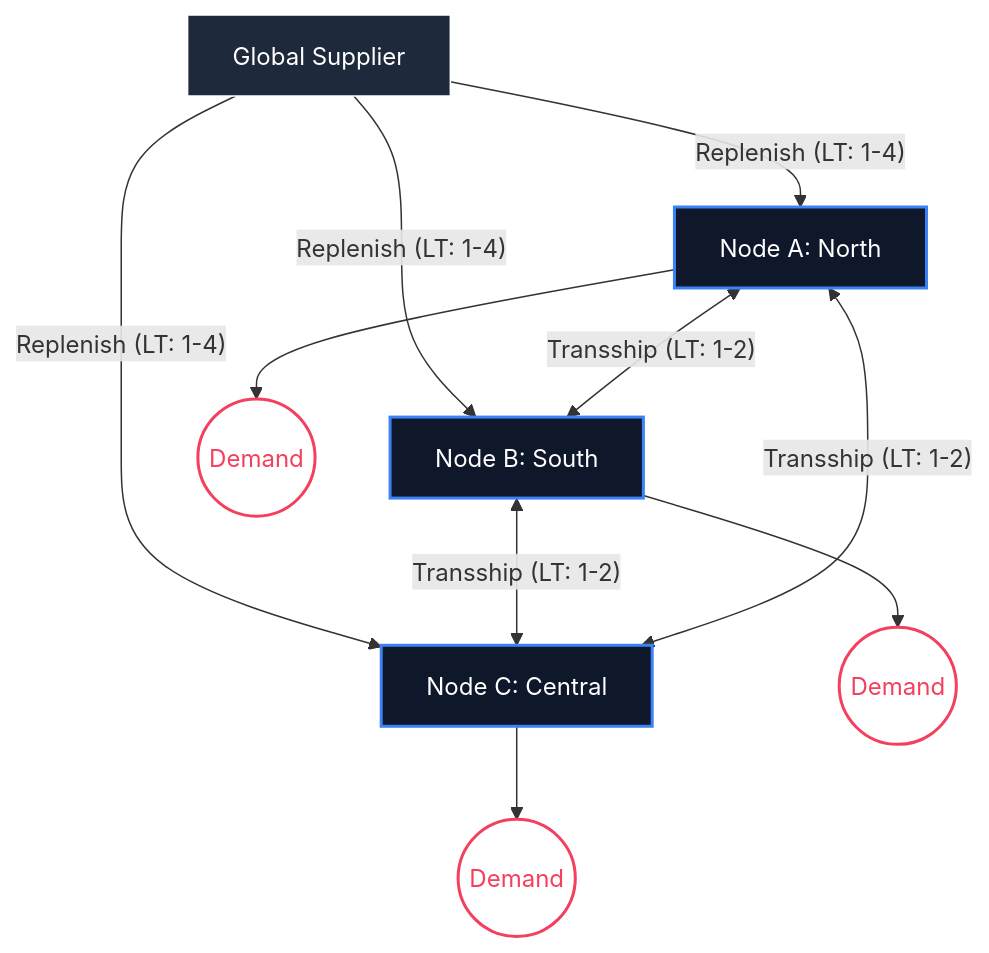
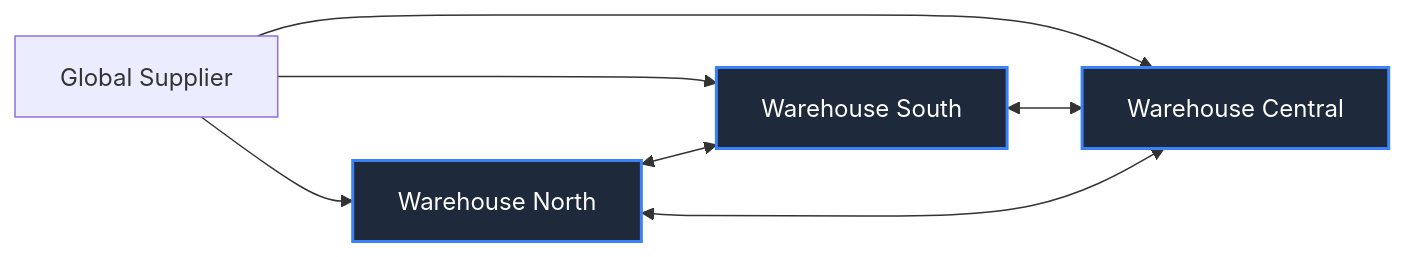
Before and after one commit to bhaveshdamani5-crypto/audit-gym: the diagram in README.md, drawn with Mermaid. The commit also changed other lines of this file and 1 other file, not shown here.

````diff
--- a/README.md
+++ b/README.md
@@ -38,22 +18,11 @@
 ```mermaid
-graph TD
-    S[Global Supplier] -- "Replenish (LT: 1-4)" --> W1[Node A: North]
-    S -- "Replenish (LT: 1-4)" --> W2[Node B: South]
-    S -- "Replenish (LT: 1-4)" --> W3[Node C: Central]
-    
-    W1 <--> |"Transship (LT: 1-2)"| W2
-    W2 <--> |"Transship (LT: 1-2)"| W3
-    W3 <--> |"Transship (LT: 1-2)"| W1
-    
-    W1 --> D1((Demand))
-    W2 --> D2((Demand))
-    W3 --> D3((Demand))
-
-    classDef warehouse fill:#0f172a,stroke:#3b82f6,stroke-width:2px,color:#fff;
-    classDef supplier fill:#1e293b,stroke:#fff,stroke-width:1px,color:#fff;
-    classDef demand fill:none,stroke:#f43f5e,stroke-width:2px,color:#f43f5e;
-    
+graph LR
+    S[Global Supplier] --> W1[Warehouse North]
+    S --> W2[Warehouse South]
+    S --> W3[Warehouse Central]
+    W1 <--> W2
+    W2 <--> W3
+    W1 <--> W3
+    classDef warehouse fill:#1e293b,stroke:#3b82f6,stroke-width:2px,color:#fff;
     class W1,W2,W3 warehouse;
-    class S supplier;
-    class D1,D2,D3 demand;
 ```
````
